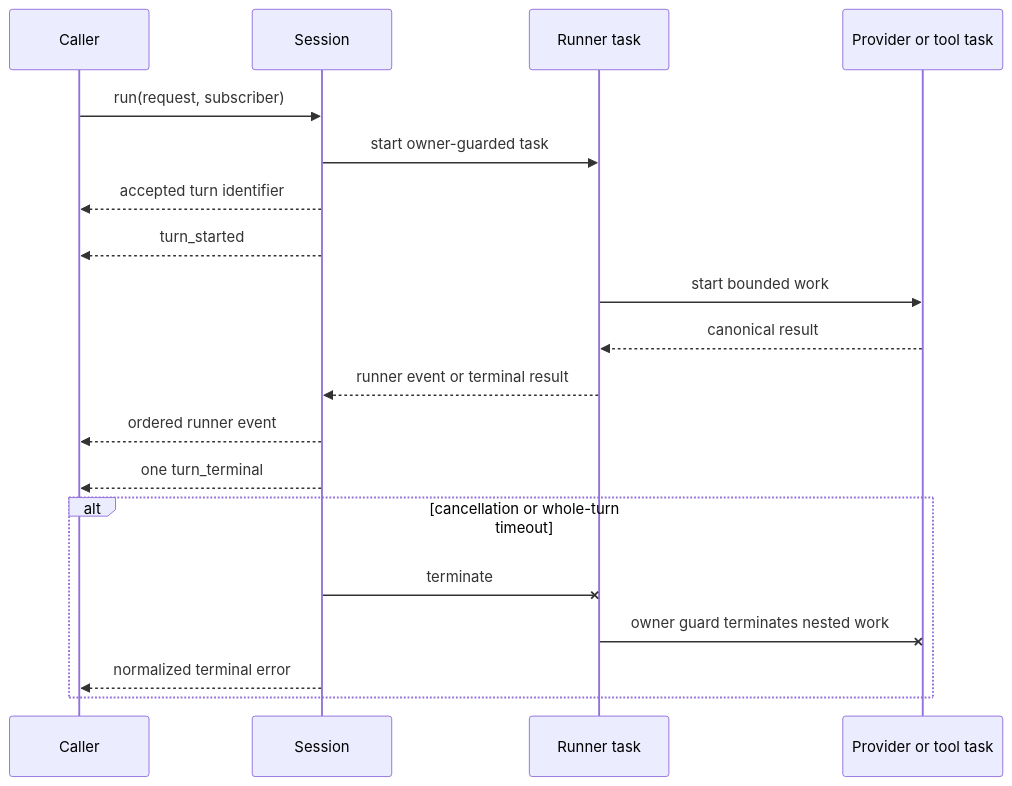
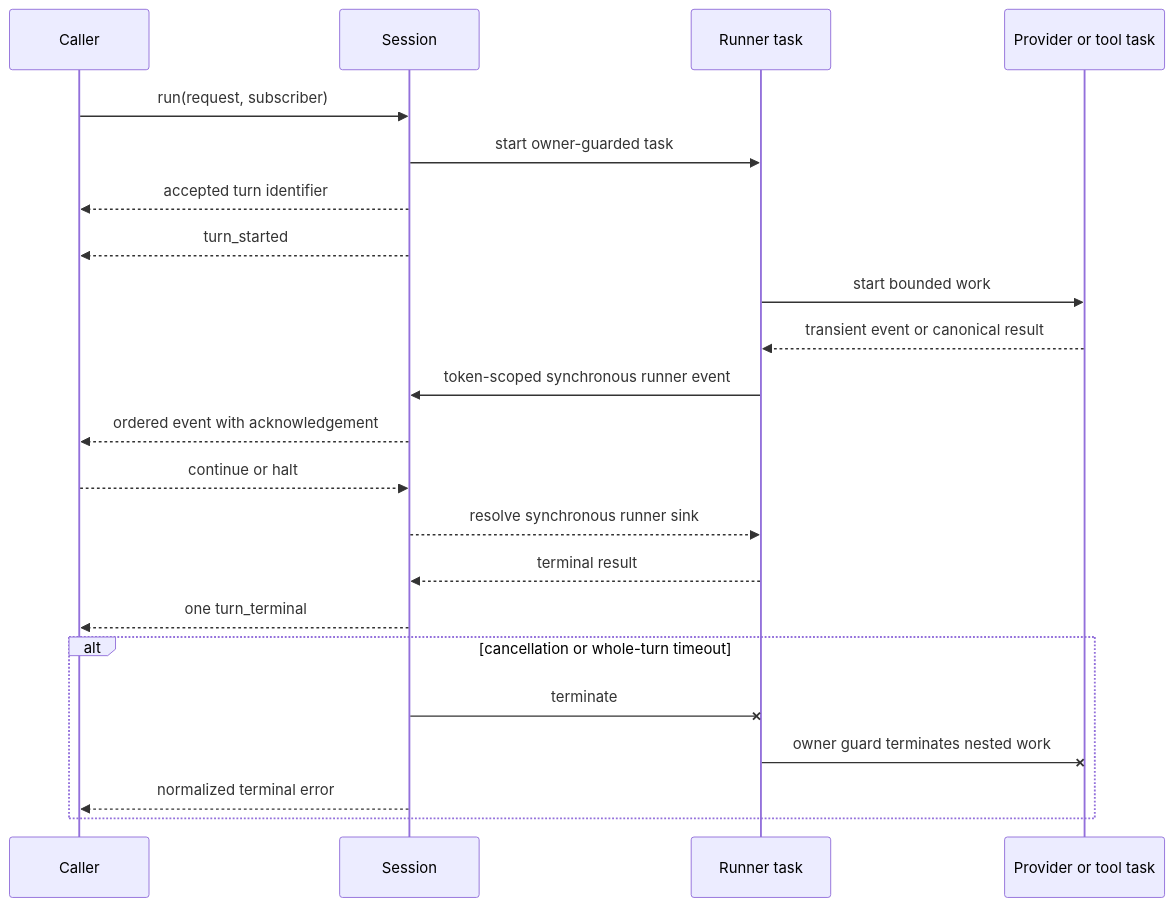
Before and after one commit to ccarvalho-eng/draught: the diagram in docs/sessions.md, drawn with Mermaid. The commit also changed other lines of this file and 61 other files, not shown here.

````diff
--- a/docs/sessions.md
+++ b/docs/sessions.md
@@ -58,23 +68,26 @@
 ```mermaid
 sequenceDiagram
   participant Caller
   participant Session
   participant Turn as Runner task
   participant Effect as Provider or tool task
 
   Caller->>Session: run(request, subscriber)
   Session->>Turn: start owner-guarded task
   Session-->>Caller: accepted turn identifier
   Session-->>Caller: turn_started
   Turn->>Effect: start bounded work
-  Effect-->>Turn: canonical result
-  Turn-->>Session: runner event or terminal result
-  Session-->>Caller: ordered runner event
+  Effect-->>Turn: transient event or canonical result
+  Turn->>Session: token-scoped synchronous runner event
+  Session-->>Caller: ordered event with acknowledgement
+  Caller-->>Session: continue or halt
+  Session-->>Turn: resolve synchronous runner sink
+  Turn-->>Session: terminal result
   Session-->>Caller: one turn_terminal
 
   alt cancellation or whole-turn timeout
     Session-xTurn: terminate
     Turn-xEffect: owner guard terminates nested work
     Session-->>Caller: normalized terminal error
   end
 ```
````
